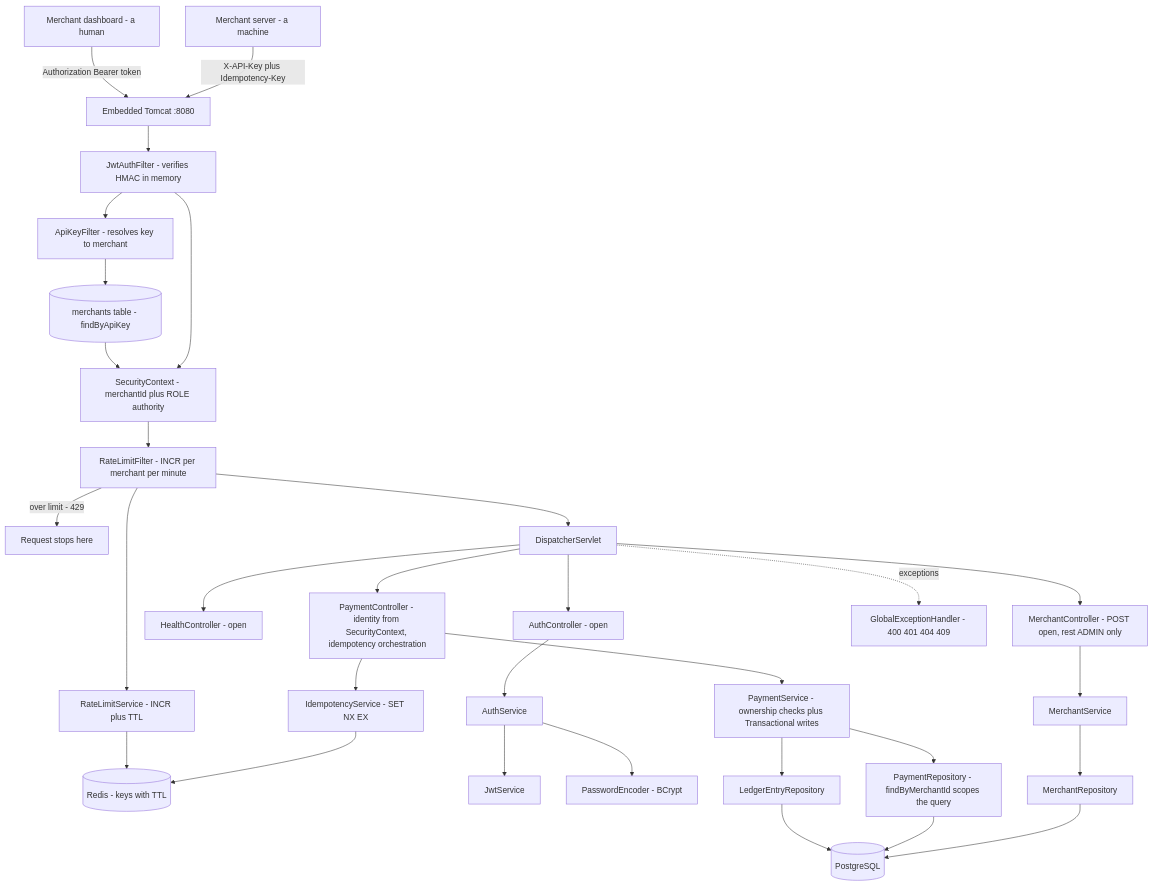
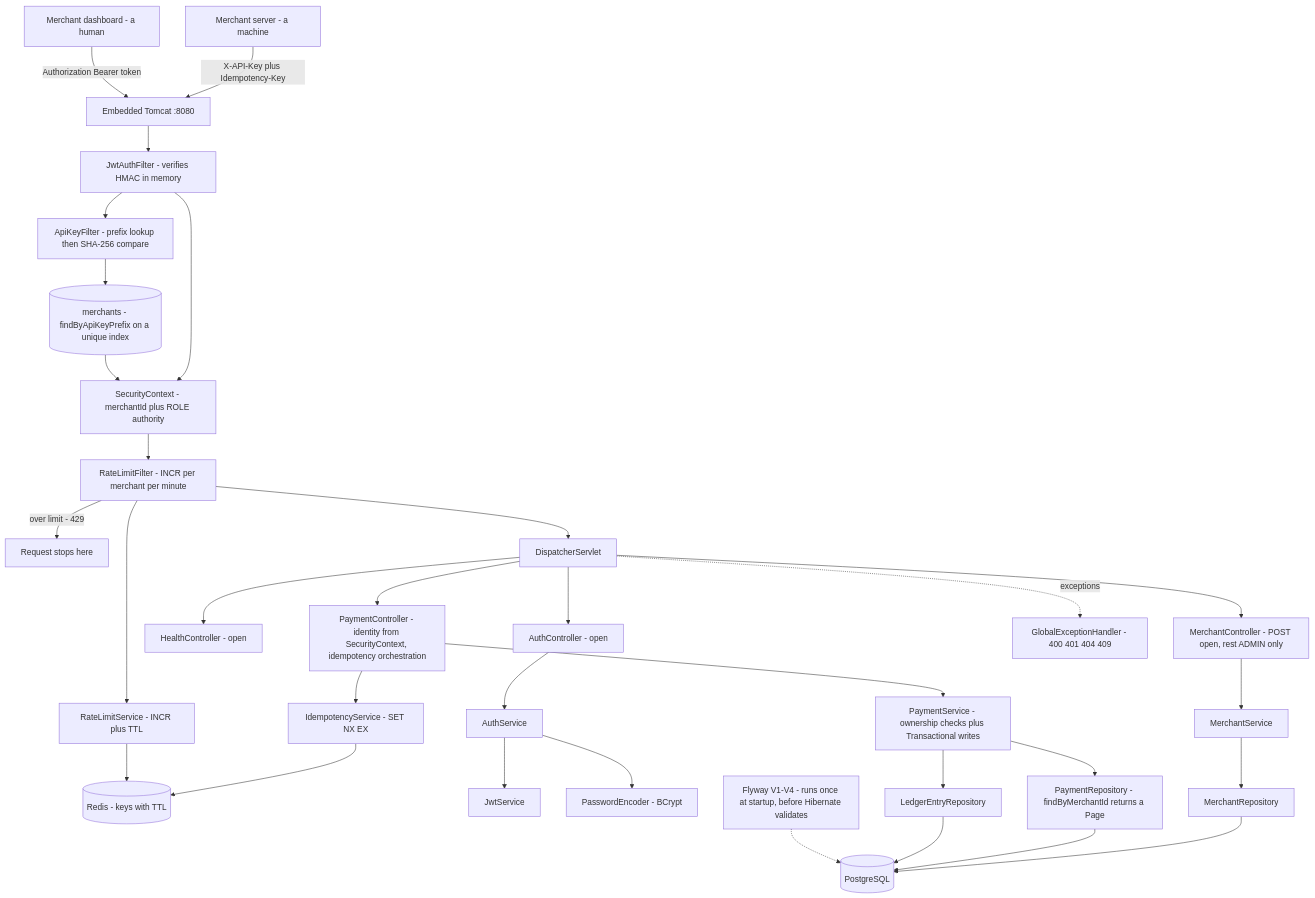
Before and after one commit to ARV0007/transakt: the diagram in docs/architecture.md, drawn with Mermaid. The commit also changed other lines of this file and 6 other files, not shown here.

Commit message:
docs: Day 12 — Flyway, pagination, hashed API keys (architecture v1.2)

````diff
--- a/docs/architecture.md
+++ b/docs/architecture.md
@@ -5,35 +5,36 @@
 ```mermaid
 flowchart TD
   server[Merchant server - a machine]
   human[Merchant dashboard - a human]
   server -->|X-API-Key plus Idempotency-Key| tomcat[Embedded Tomcat :8080]
   human -->|Authorization Bearer token| tomcat
   tomcat --> jaf[JwtAuthFilter - verifies HMAC in memory]
-  jaf --> akf[ApiKeyFilter - resolves key to merchant]
-  akf --> lookup[(merchants table - findByApiKey)]
+  jaf --> akf[ApiKeyFilter - prefix lookup then SHA-256 compare]
+  akf --> lookup[(merchants - findByApiKeyPrefix on a unique index)]
   jaf --> ctx[SecurityContext - merchantId plus ROLE authority]
   lookup --> ctx
   ctx --> rlf[RateLimitFilter - INCR per merchant per minute]
   rlf -->|over limit - 429| reject[Request stops here]
   rlf --> dispatcher[DispatcherServlet]
   dispatcher --> ac[AuthController - open]
   dispatcher --> health[HealthController - open]
   dispatcher --> mc[MerchantController - POST open, rest ADMIN only]
   dispatcher --> pc[PaymentController - identity from SecurityContext, idempotency orchestration]
   dispatcher -.->|exceptions| geh[GlobalExceptionHandler - 400 401 404 409]
   pc --> idem[IdempotencyService - SET NX EX]
   rlf --> rate[RateLimitService - INCR plus TTL]
   idem --> redis[(Redis - keys with TTL)]
   rate --> redis
   ac --> as[AuthService]
   as --> js[JwtService]
   as --> pe[PasswordEncoder - BCrypt]
   mc --> ms[MerchantService]
   pc --> ps[PaymentService - ownership checks plus Transactional writes]
   ms --> mr[MerchantRepository]
-  ps --> pr[PaymentRepository - findByMerchantId scopes the query]
+  ps --> pr[PaymentRepository - findByMerchantId returns a Page]
   ps --> lr[LedgerEntryRepository]
   mr --> db[(PostgreSQL)]
   pr --> db
   lr --> db
+  flyway[Flyway V1-V4 - runs once at startup, before Hibernate validates] -.-> db
 ```
````
